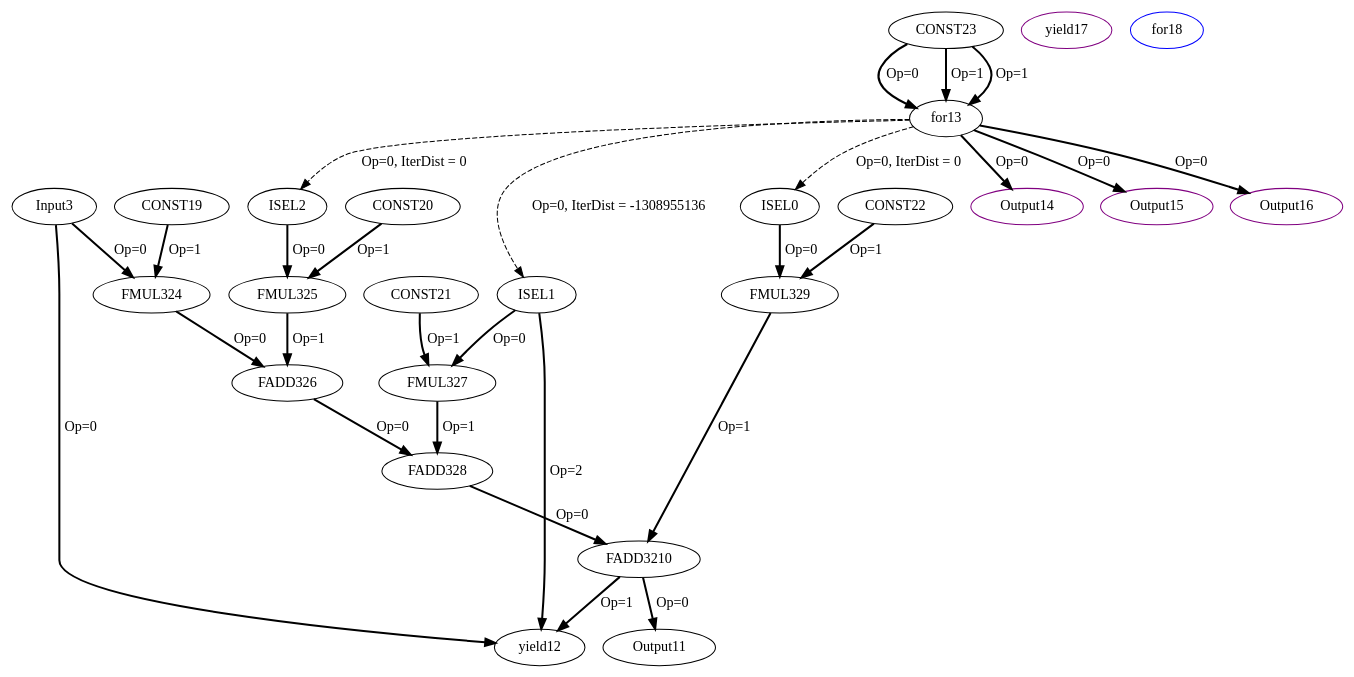
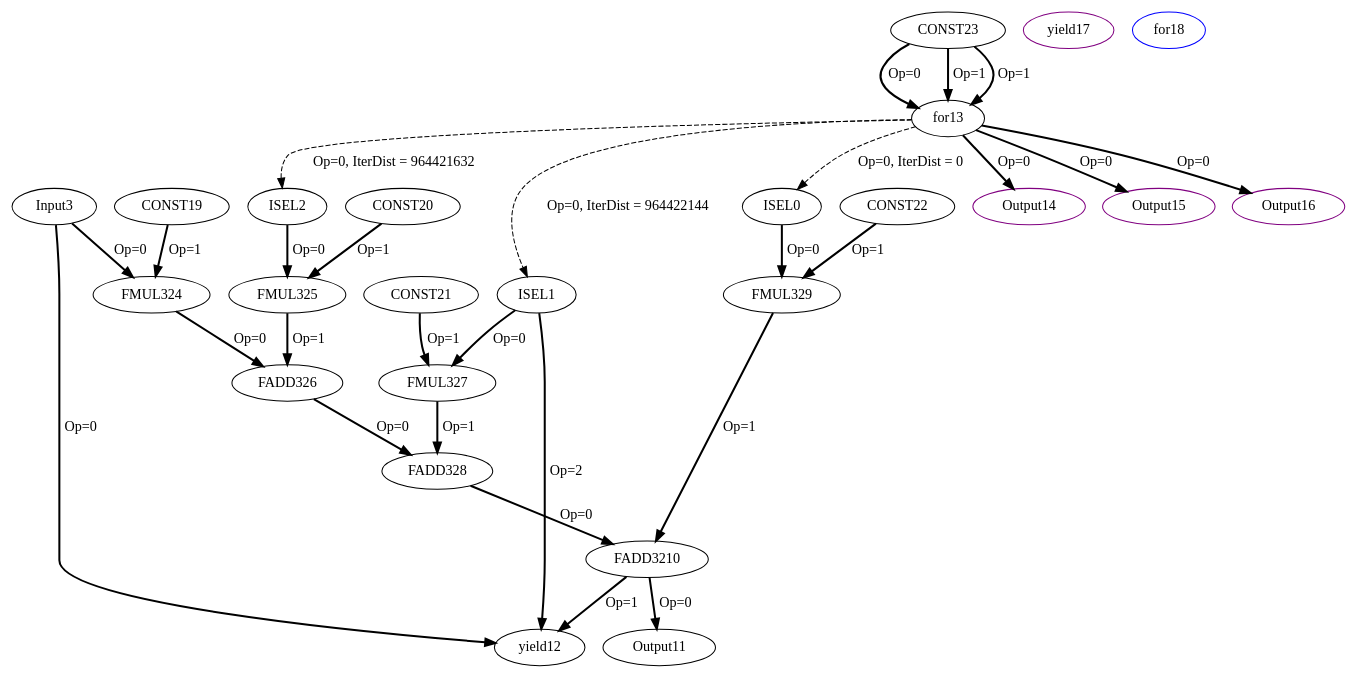
The diagram in experiment/Cbenchmarks/Polybench/medley/deriche/deriche_mini/IR/tempfiles/kernel_deriche_0_0_CDFG.dot (MIONkb/adora-compiler), drawn with Graphviz before and after one commit. The commit also changed 51 other files, not shown here.

```diff
--- a/experiment/Cbenchmarks/Polybench/medley/deriche/deriche_mini/IR/tempfiles/kernel_deriche_0_0_CDFG.dot
+++ b/experiment/Cbenchmarks/Polybench/medley/deriche/deriche_mini/IR/tempfiles/kernel_deriche_0_0_CDFG.dot
@@ -1,53 +1,53 @@
 Digraph G {
 ISEL0[opcode = "ISEL", color = black];
 ISEL1[opcode = "ISEL", color = black];
 ISEL2[opcode = "ISEL", color = black];
 Input3[opcode = "Input", ref_name="kernel_deriche_0_0", size="8192", offset="0,0", pattern="4,64,4,32", color = black];
 FMUL324[opcode = "FMUL32", color = black];
 FMUL325[opcode = "FMUL32", color = black];
 FADD326[opcode = "FADD32", color = black];
 FMUL327[opcode = "FMUL32", color = black];
 FADD328[opcode = "FADD32", color = black];
 FMUL329[opcode = "FMUL32", color = black];
 FADD3210[opcode = "FADD32", color = black];
 Output11[opcode = "Output", ref_name="kernel_deriche_0_1", size="8192", offset="0,0", pattern="4,64,4,32", color = black];
 yield12[opcode = "yield", color = black];
 for13[opcode = "for", color = black];
 Output14[opcode = "Output", ref_name="kernel_deriche_0_3", size="8", offset="0,0", pattern="0,64,0,32", color = purple];
 Output15[opcode = "Output", ref_name="kernel_deriche_0_4", size="8", offset="0,0", pattern="0,64,0,32", color = purple];
 Output16[opcode = "Output", ref_name="kernel_deriche_0_2", size="8", offset="0,0", pattern="0,64,0,32", color = purple];
 yield17[opcode = "yield", color = purple];
 for18[opcode = "for", color = blue];
 CONST19[opcode = "CONST", value="0xBE4135C4", color = black];
 CONST20[opcode = "CONST", value="0x3DE1B54C", color = black];
 CONST21[opcode = "CONST", value="0x3F5744FD", color = black];
 CONST22[opcode = "CONST", value="0xBF1B4598", color = black];
 CONST23[opcode = "CONST", value="0x00000000", color = black];
 for13 -> ISEL0[color = black, style = dashed, operand = 0, iterdist = 0, label = "Op=0, IterDist = 0"];
-for13 -> ISEL1[color = black, style = dashed, operand = 0, iterdist = -1308955136, label = "Op=0, IterDist = -1308955136"];
-for13 -> ISEL2[color = black, style = dashed, operand = 0, iterdist = 0, label = "Op=0, IterDist = 0"];
+for13 -> ISEL1[color = black, style = dashed, operand = 0, iterdist = 964422144, label = "Op=0, IterDist = 964422144"];
+for13 -> ISEL2[color = black, style = dashed, operand = 0, iterdist = 964421632, label = "Op=0, IterDist = 964421632"];
 Input3 -> FMUL324[color = black, style = bold, operand = 0, label = "Op=0"];
 CONST19 -> FMUL324[color = black, style = bold, operand = 1, label = "Op=1"];
 ISEL2 -> FMUL325[color = black, style = bold, operand = 0, label = "Op=0"];
 CONST20 -> FMUL325[color = black, style = bold, operand = 1, label = "Op=1"];
 FMUL324 -> FADD326[color = black, style = bold, operand = 0, label = "Op=0"];
 FMUL325 -> FADD326[color = black, style = bold, operand = 1, label = "Op=1"];
 ISEL1 -> FMUL327[color = black, style = bold, operand = 0, label = "Op=0"];
 CONST21 -> FMUL327[color = black, style = bold, operand = 1, label = "Op=1"];
 FADD326 -> FADD328[color = black, style = bold, operand = 0, label = "Op=0"];
 FMUL327 -> FADD328[color = black, style = bold, operand = 1, label = "Op=1"];
 ISEL0 -> FMUL329[color = black, style = bold, operand = 0, label = "Op=0"];
 CONST22 -> FMUL329[color = black, style = bold, operand = 1, label = "Op=1"];
 FADD328 -> FADD3210[color = black, style = bold, operand = 0, label = "Op=0"];
 FMUL329 -> FADD3210[color = black, style = bold, operand = 1, label = "Op=1"];
 FADD3210 -> Output11[color = black, style = bold, operand = 0, label = "Op=0"];
 Input3 -> yield12[color = black, style = bold, operand = 0, label = "Op=0"];
 FADD3210 -> yield12[color = black, style = bold, operand = 1, label = "Op=1"];
 ISEL1 -> yield12[color = black, style = bold, operand = 2, label = "Op=2"];
 CONST23 -> for13[color = black, style = bold, operand = 0, label = "Op=0"];
 CONST23 -> for13[color = black, style = bold, operand = 1, label = "Op=1"];
 CONST23 -> for13[color = black, style = bold, operand = 1, label = "Op=1"];
 for13 -> Output14[color = black, style = bold, operand = 0, label = "Op=0"];
 for13 -> Output15[color = black, style = bold, operand = 0, label = "Op=0"];
 for13 -> Output16[color = black, style = bold, operand = 0, label = "Op=0"];
 }
```
